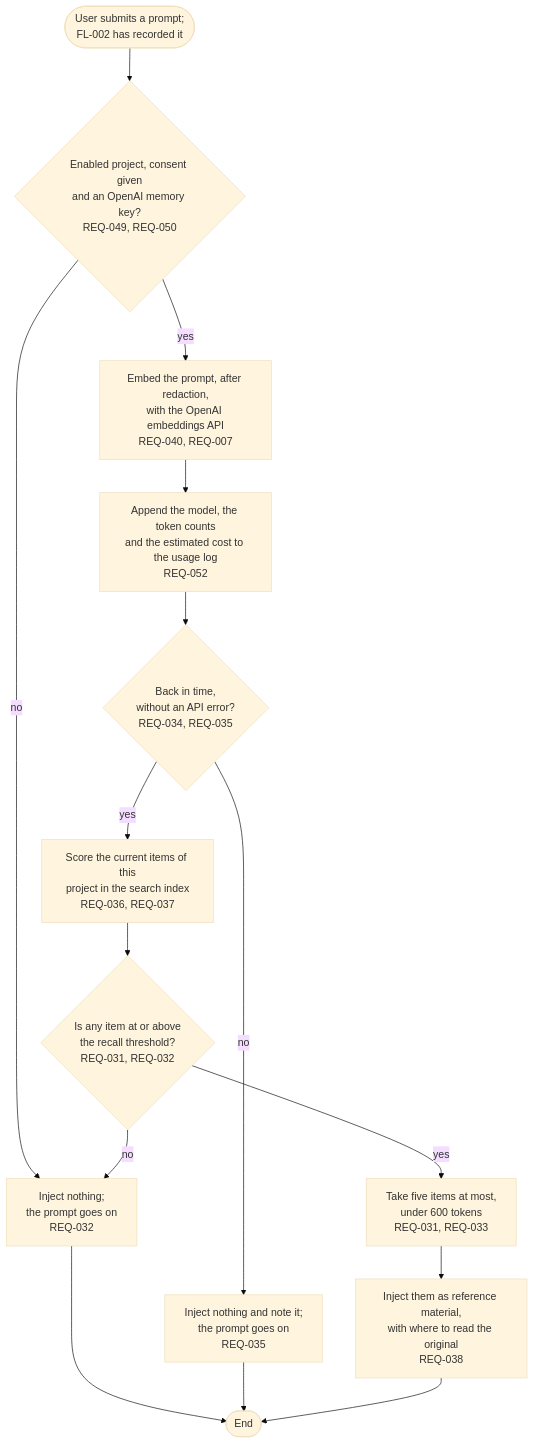
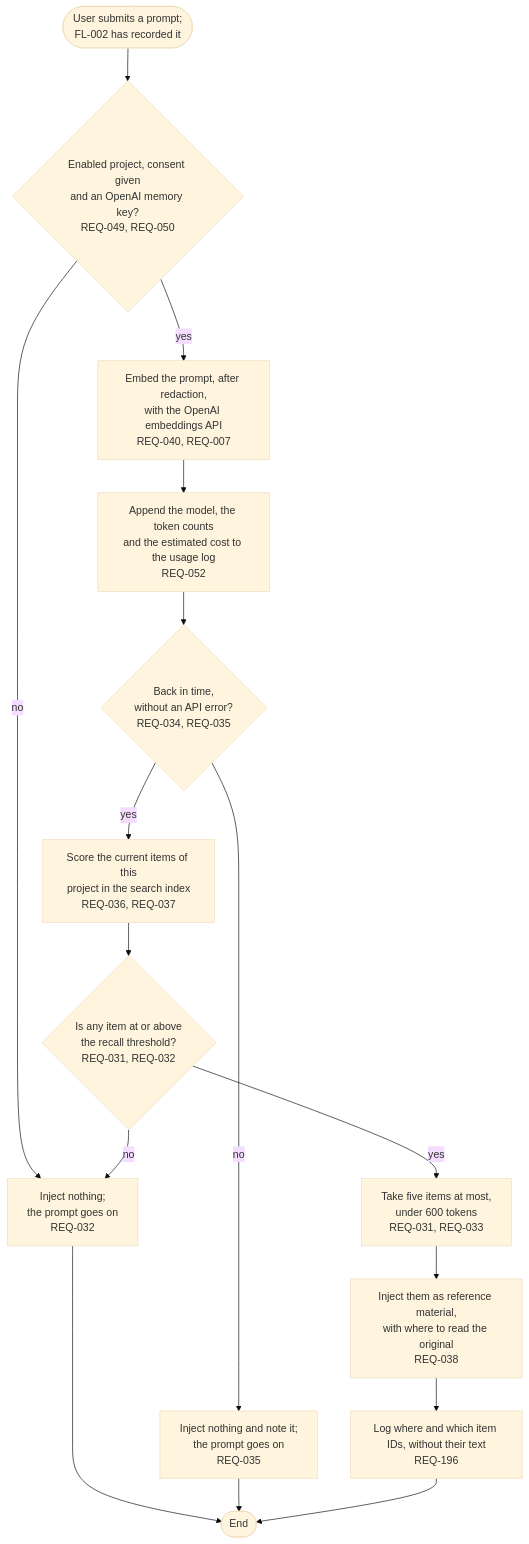
One commit to kodonghui/corthex changed the diagram in docs/03-user-flow/memory/FL-004-recall-for-a-prompt.md. Above: the diagram before and after it, drawn with Mermaid (base theme). The commit also changed other lines of this file and 32 other files, not shown here.

````diff
--- a/docs/03-user-flow/memory/FL-004-recall-for-a-prompt.md
+++ b/docs/03-user-flow/memory/FL-004-recall-for-a-prompt.md
@@ -9,17 +9,18 @@
 ```mermaid
 flowchart TD
   A(["User submits a prompt;<br/>FL-002 has recorded it"]) --> B{"Enabled project, consent given<br/>and an OpenAI memory key?<br/>REQ-049, REQ-050"}
   B -->|no| N["Inject nothing;<br/>the prompt goes on<br/>REQ-032"]
   N --> Z(["End"])
   B -->|yes| C["Embed the prompt, after redaction,<br/>with the OpenAI embeddings API<br/>REQ-040, REQ-007"]
   C --> U["Append the model, the token counts<br/>and the estimated cost to the usage log<br/>REQ-052"]
   U --> D{"Back in time,<br/>without an API error?<br/>REQ-034, REQ-035"}
   D -->|no| T["Inject nothing and note it;<br/>the prompt goes on<br/>REQ-035"]
   T --> Z
   D -->|yes| E["Score the current items of this<br/>project in the search index<br/>REQ-036, REQ-037"]
   E --> F{"Is any item at or above<br/>the recall threshold?<br/>REQ-031, REQ-032"}
   F -->|no| N
   F -->|yes| G["Take five items at most,<br/>under 600 tokens<br/>REQ-031, REQ-033"]
   G --> H["Inject them as reference material,<br/>with where to read the original<br/>REQ-038"]
-  H --> Z
+  H --> L["Log where and which item IDs, without their text<br/>REQ-196"]
+  L --> Z
 ```
````
